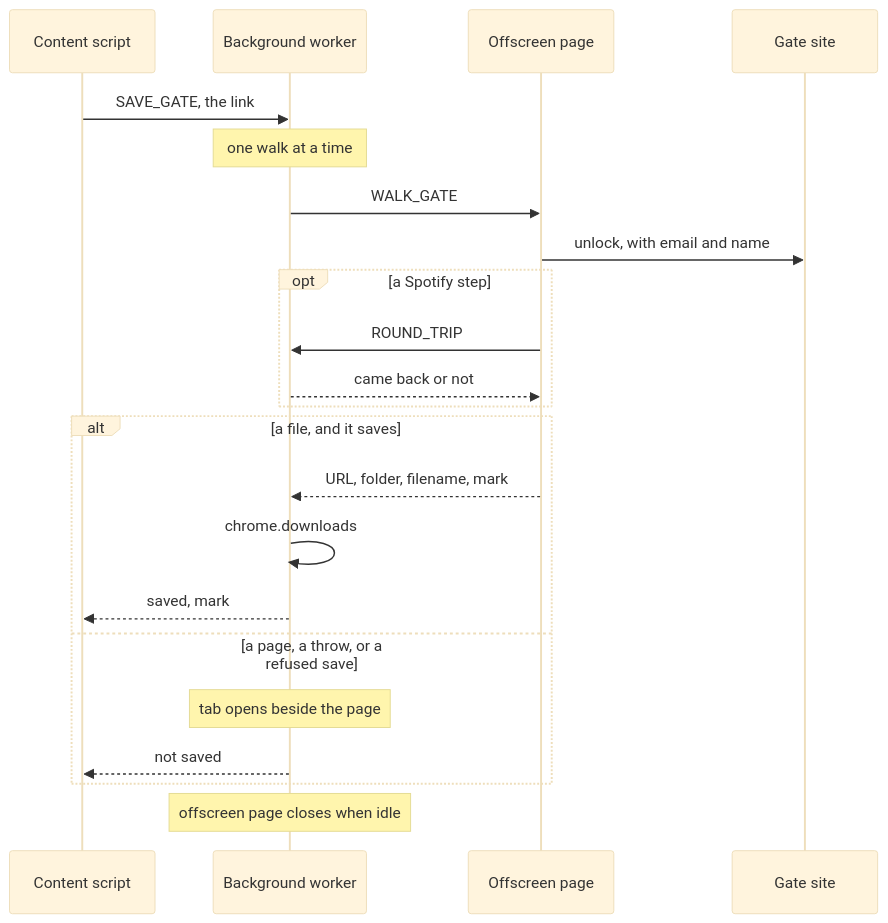
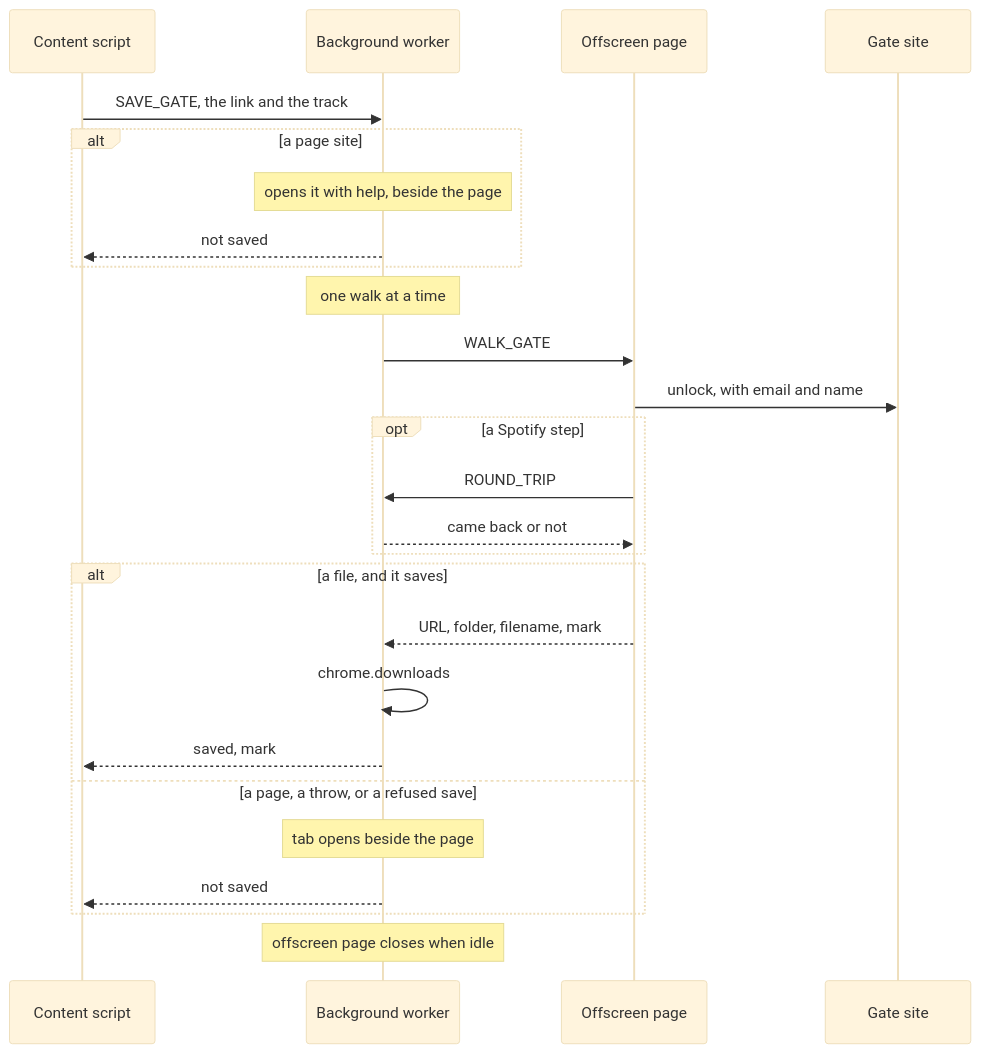
Before and after one commit to cutenode/localnetwork: the ninth of 11 diagrams in apps/localtoolbox/docs/diagrams/content-script.md, drawn with Mermaid (base theme). The commit also changed other lines of this file and 58 other files, not shown here.

````diff
--- a/apps/localtoolbox/docs/diagrams/content-script.md
+++ b/apps/localtoolbox/docs/diagrams/content-script.md
@@ -223,24 +223,28 @@
 ```mermaid
 sequenceDiagram
   participant C as Content script
   participant W as Background worker
   participant O as Offscreen page
   participant G as Gate site
-  C->>W: SAVE_GATE, the link
+  C->>W: SAVE_GATE, the link and the track
+  alt a page site
+    Note over W: opens it with help, beside the page
+    W-->>C: not saved
+  end
   Note over W: one walk at a time
   W->>O: WALK_GATE
   O->>G: unlock, with email and name
   opt a Spotify step
     O->>W: ROUND_TRIP
     W-->>O: came back or not
   end
   alt a file, and it saves
     O-->>W: URL, folder, filename, mark
     W->>W: chrome.downloads
     W-->>C: saved, mark
   else a page, a throw, or a refused save
     Note over W: tab opens beside the page
     W-->>C: not saved
   end
   Note over W: offscreen page closes when idle
 ```
````
